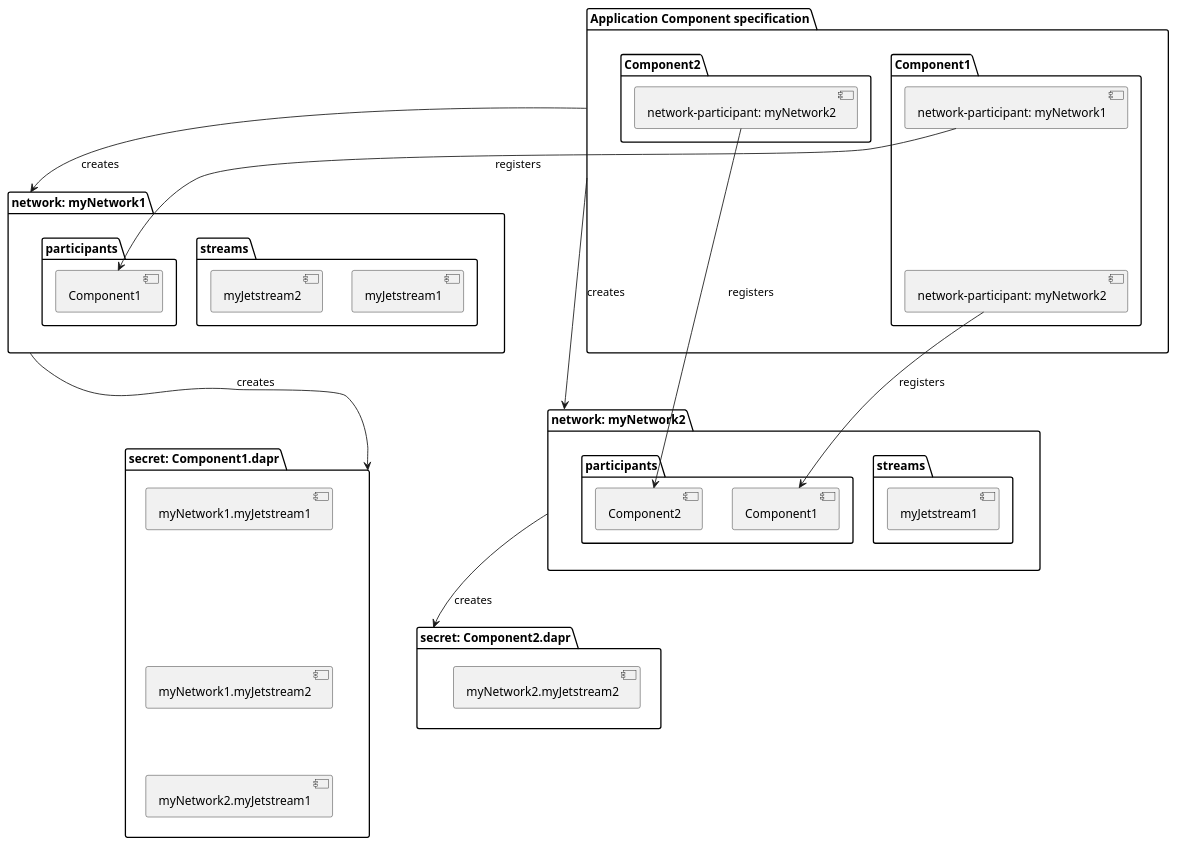
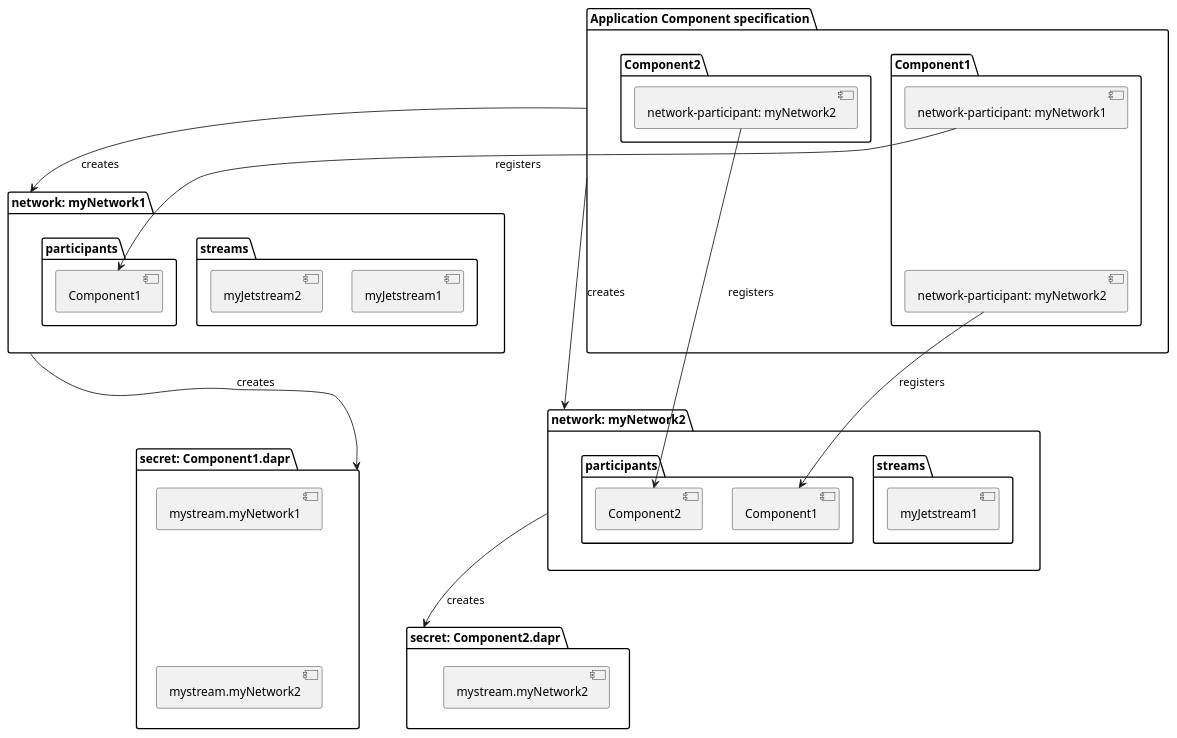
Before and after one commit to edgefarm/anck: the diagram in docs/images/dapr.puml, drawn with PlantUML. The commit also changed 2 other files, not shown here.

```diff
--- a/docs/images/dapr.puml
+++ b/docs/images/dapr.puml
@@ -1,60 +1,59 @@
 @startuml
 
 package "Application Component specification" as application {
     package "Component1" as Component1 {
         [network-participant: myNetwork1] as Component1_participant_myNetwork1
         [network-participant: myNetwork2] as Component1_participant_myNetwork2
         Component1_participant_myNetwork1 -[hidden]d- Component1_participant_myNetwork2
     }
 
     package "Component2" as Component2{
         [network-participant: myNetwork2] as Component2_participant_myNetwork2
     }
     ' Component1 -[hidden]l- Component2
 }
 
 package "secret: Component1.dapr" as secret_Component1_dapr {
-    [myNetwork1.myJetstream1] as n1j1
-    [myNetwork1.myJetstream2] as n1j2
-    [myNetwork2.myJetstream1] as n2j1
-    n1j2 -[hidden]u- n1j1
-    n2j1 -[hidden]u- n1j2
+    [mystream.myNetwork1] as sn1
+    [mystream.myNetwork2] as sn2
+    sn1 -[hidden]u- sn2
+    sn2 -[hidden]u- sn1
 }
 
 package "secret: Component2.dapr" as secret_Component2_dapr {
-    [myNetwork2.myJetstream2]
+    [mystream.myNetwork2]
 }
 secret_Component1_dapr -[hidden]d- secret_Component2_dapr
 
 
 package "network: myNetwork1" as myNetwork1 {
     package "streams" as myNetwork1_streams {
         [myJetstream1] as myNetwork1_jetstream1
         [myJetstream2] as myNetwork1_jetstream2
     }
     package "participants" as myNetwork1_participants {
         [Component1] as myNetwork1_Component1
     }
 }
 
 package "network: myNetwork2" as myNetwork2 {
     package "streams" as myNetwork2_streams {
         [myJetstream1] as myNetwork2_jetstream1
     }
     package "participants" as myNetwork2_participants {
         [Component1] as myNetwork2_Component1
         [Component2] as myNetwork2_Component2
     }
 }
 
 application --> myNetwork1 : creates
 application --> myNetwork2 : creates
 myNetwork1 -[hidden]r- myNetwork2
 Component1_participant_myNetwork1 --> myNetwork1_Component1 : registers
 Component1_participant_myNetwork2 --> myNetwork2_Component1 : registers
 Component2_participant_myNetwork2 --> myNetwork2_Component2 : registers
 secret_Component1_dapr <-u- myNetwork1 : creates
 secret_Component2_dapr <-u- myNetwork2 : creates
 
 
 @enduml
```
